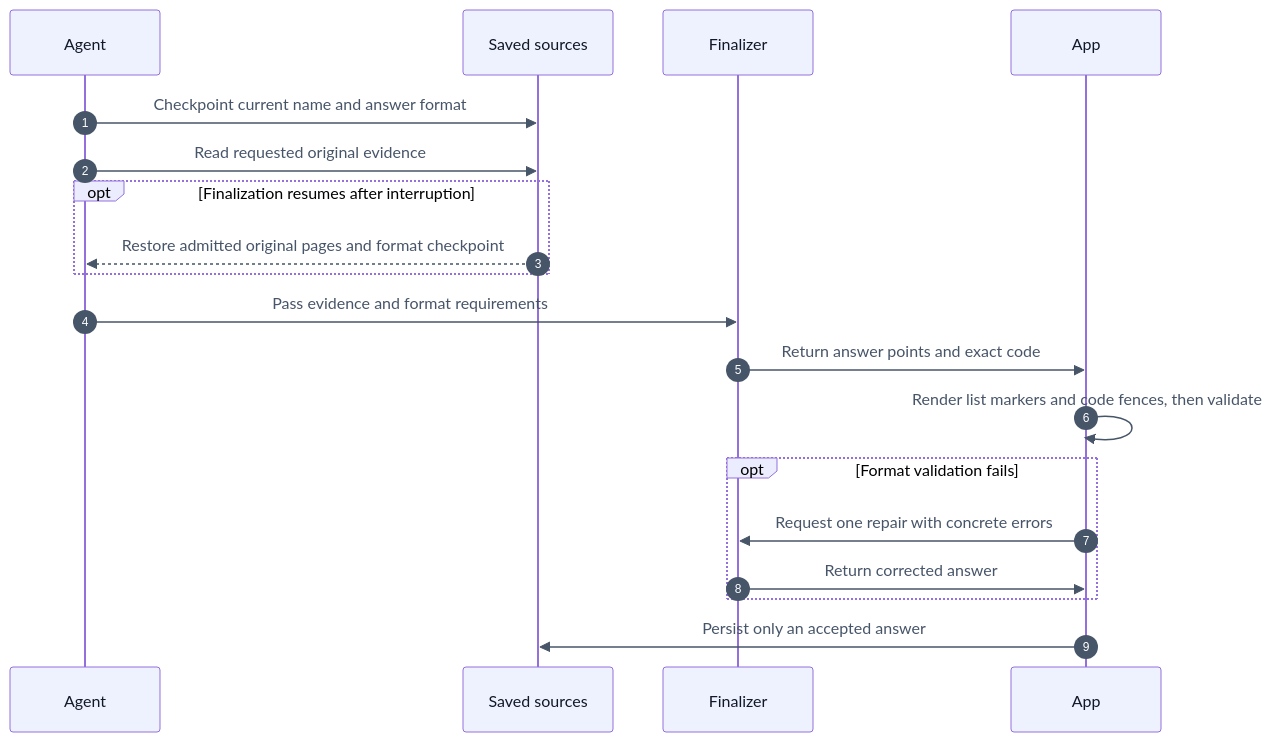
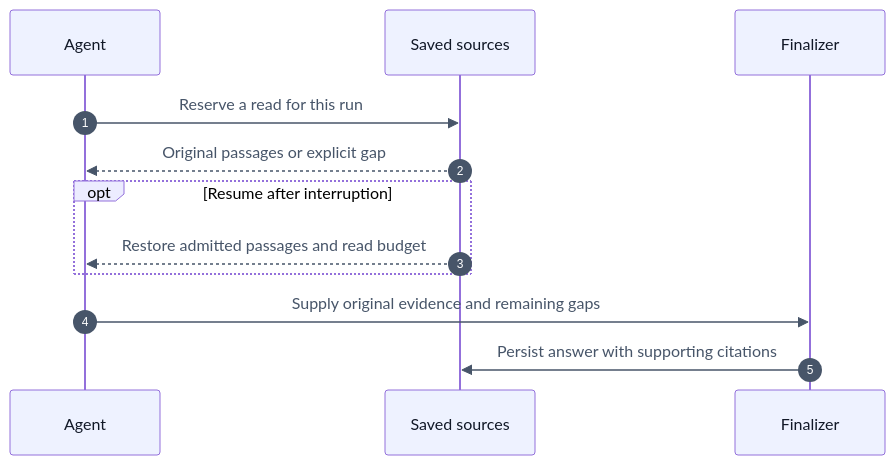
The first of 3 diagrams in reference/engineering/SESSION_EVIDENCE.md (devhims/video2ctx), drawn with Mermaid before and after one commit. The commit also changed other lines of this file and 15 other files, not shown here.

````diff
--- a/reference/engineering/SESSION_EVIDENCE.md
+++ b/reference/engineering/SESSION_EVIDENCE.md
@@ -138,22 +142,15 @@
 ```mermaid
 %%{init: {"themeVariables": {"sequenceNumberColor": "#ffffff", "actorBkg": "#eef2ff", "actorTextColor": "#111827", "signalColor": "#475569", "signalTextColor": "#475569"}}}%%
 sequenceDiagram
     autonumber
     participant Agent
     participant Store as Saved sources
     participant Finalizer
-    participant App
-    Agent->>Store: Checkpoint current name and answer format
-    Agent->>Store: Read requested original evidence
-    opt Finalization resumes after interruption
-        Store-->>Agent: Restore admitted original pages and format checkpoint
+    Agent->>Store: Reserve a read for this run
+    Store-->>Agent: Original passages or explicit gap
+    opt Resume after interruption
+        Store-->>Agent: Restore admitted passages and read budget
     end
-    Agent->>Finalizer: Pass evidence and format requirements
-    Finalizer->>App: Return answer points and exact code
-    App->>App: Render list markers and code fences, then validate
-    opt Format validation fails
-        App->>Finalizer: Request one repair with concrete errors
-        Finalizer->>App: Return corrected answer
-    end
-    App->>Store: Persist only an accepted answer
+    Agent->>Finalizer: Supply original evidence and remaining gaps
+    Finalizer->>Store: Persist answer with supporting citations
 ```
````
